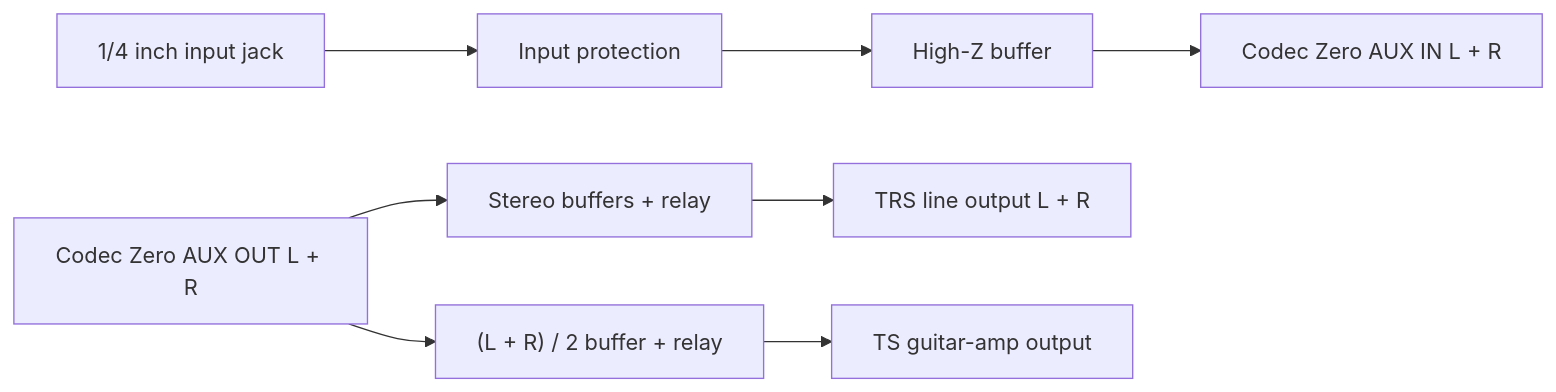
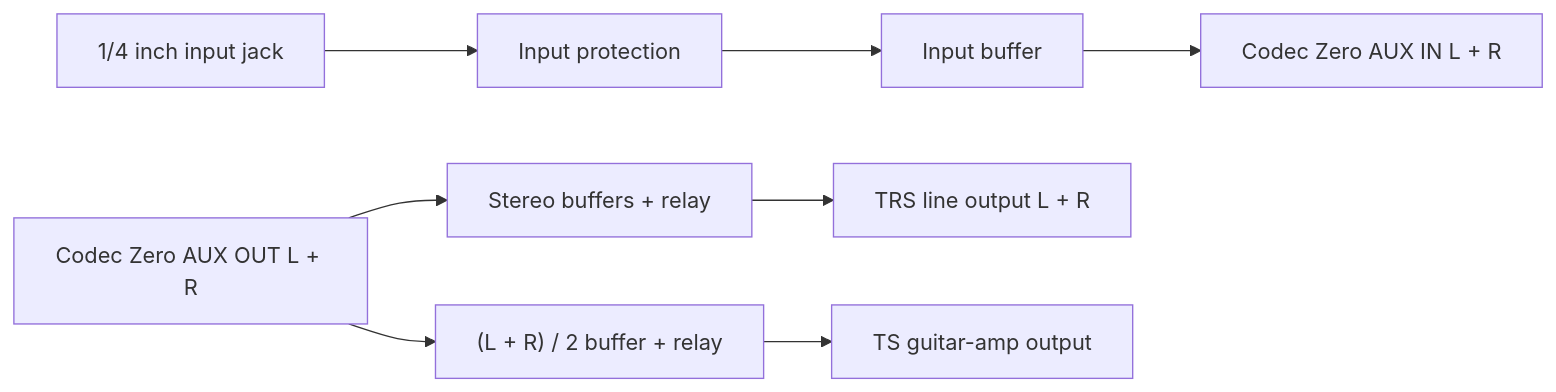
The third of 3 diagrams in docs/hardware-assembly.md (balazsbencs/ardor), drawn with Mermaid before and after one commit. The commit also changed other lines of this file and 16 other files, not shown here.

````diff
--- a/docs/hardware-assembly.md
+++ b/docs/hardware-assembly.md
@@ -186,10 +218,10 @@
 ```mermaid
 flowchart LR
   InJack["1/4 inch input jack"] --> Protection["Input protection"]
-  Protection --> HighZ["High-Z buffer"]
+  Protection --> HighZ["Input buffer"]
   HighZ --> CodecAuxIn["Codec Zero AUX IN L + R"]
   CodecAuxOut["Codec Zero AUX OUT L + R"] --> StereoBuffer["Stereo buffers + relay"]
   StereoBuffer --> LineJack["TRS line output L + R"]
   CodecAuxOut --> MonoSum["(L + R) / 2 buffer + relay"]
   MonoSum --> AmpJack["TS guitar-amp output"]
 ```
````
